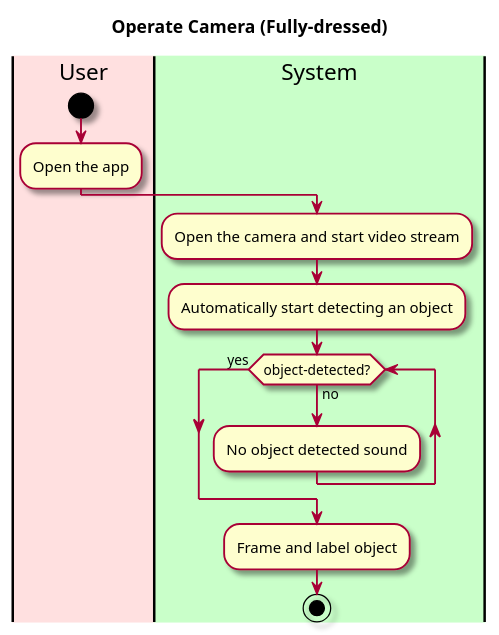
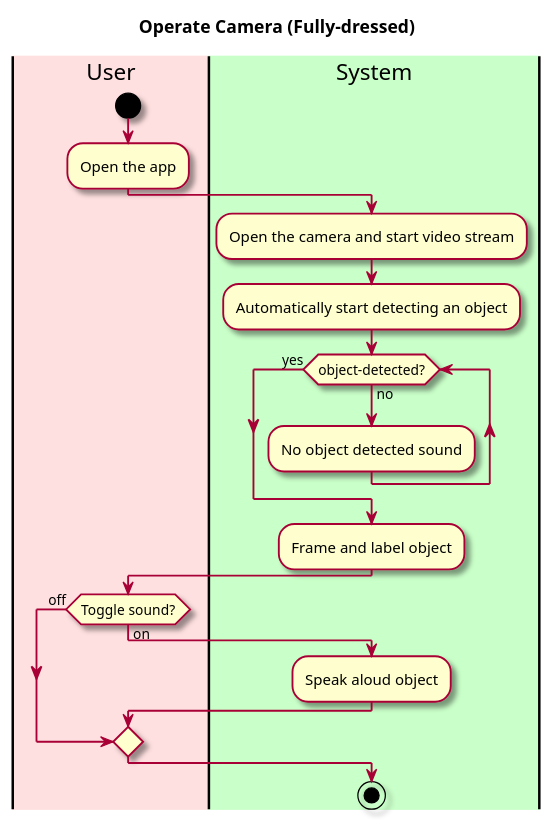
One commit to tonyh1306/OBRE-Vision-through-a-screen changed the diagram in intellij/doc/use-cases/analyze-video.md. Above: the diagram before and after it, drawn with PlantUML. The commit also changed 1 other file, not shown here.

Commit message:
Adds toggle sound in analyze-video use case

````diff
--- a/intellij/doc/use-cases/analyze-video.md
+++ b/intellij/doc/use-cases/analyze-video.md
@@ -28,25 +28,31 @@
 ```plantuml
 @startuml
 
 skin rose
 
 title Operate Camera (Fully-dressed)
 
 'define the lanes
 |#implementation|User|
 |#technology|System|
 
 |User|
 start
 :Open the app;
 
 |System|
 :Open the camera and start video stream;
 :Automatically start detecting an object;
 while (object-detected?) is (no)
 :No object detected sound;
 endwhile(yes)
 :Frame and label object;
+|User|
+if (Toggle sound?) is (on) then
+|System|
+:Speak aloud object;
+else (off)
+endif
 stop
 @enduml
 ```
````
